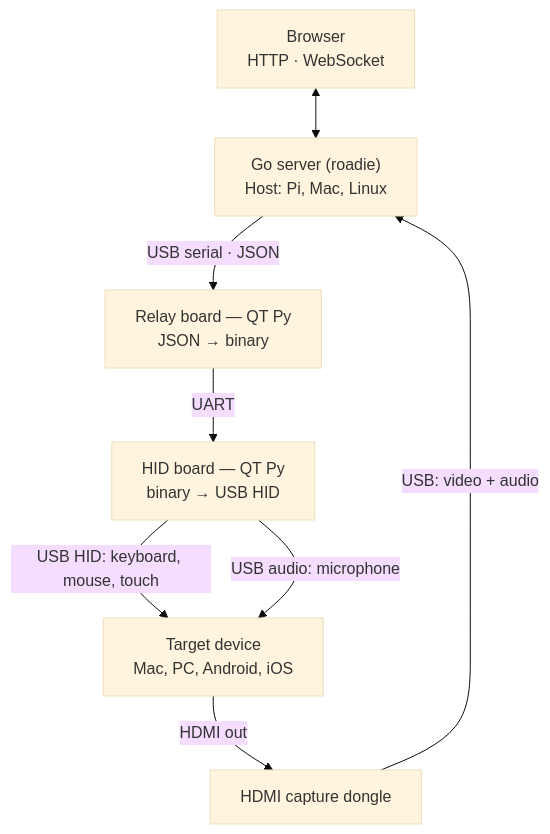
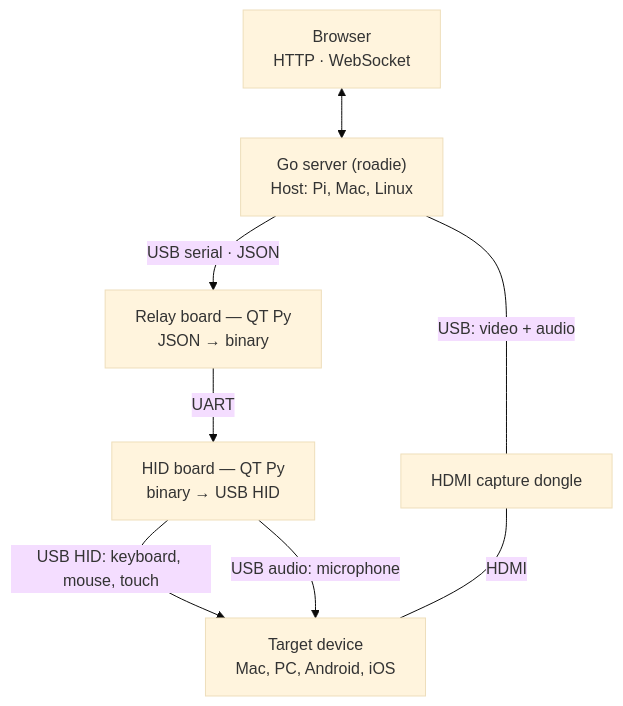
Before and after one commit to VibiumDev/roadie: the diagram in README.md, drawn with Mermaid (base theme).

Commit message:
Put the capture dongle alongside the board stack

````diff
--- a/README.md
+++ b/README.md
@@ -26,17 +26,17 @@
 ```mermaid
 flowchart TB
     B["Browser<br/>HTTP · WebSocket"]
     S["Go server (roadie)<br/>Host: Pi, Mac, Linux"]
     R["Relay board — QT Py<br/>JSON → binary"]
     H["HID board — QT Py<br/>binary → USB HID"]
     D["HDMI capture dongle"]
     T["Target device<br/>Mac, PC, Android, iOS"]
 
     B <--> S
     S -- "USB serial · JSON" --> R
+    S ---|"USB: video + audio"| D
     R -- "UART" --> H
     H -- "USB HID: keyboard, mouse, touch" --> T
     H -- "USB audio: microphone" --> T
-    T -- "HDMI out" --> D
-    D -- "USB: video + audio" --> S
+    D ---|"HDMI"| T
 ```
````
